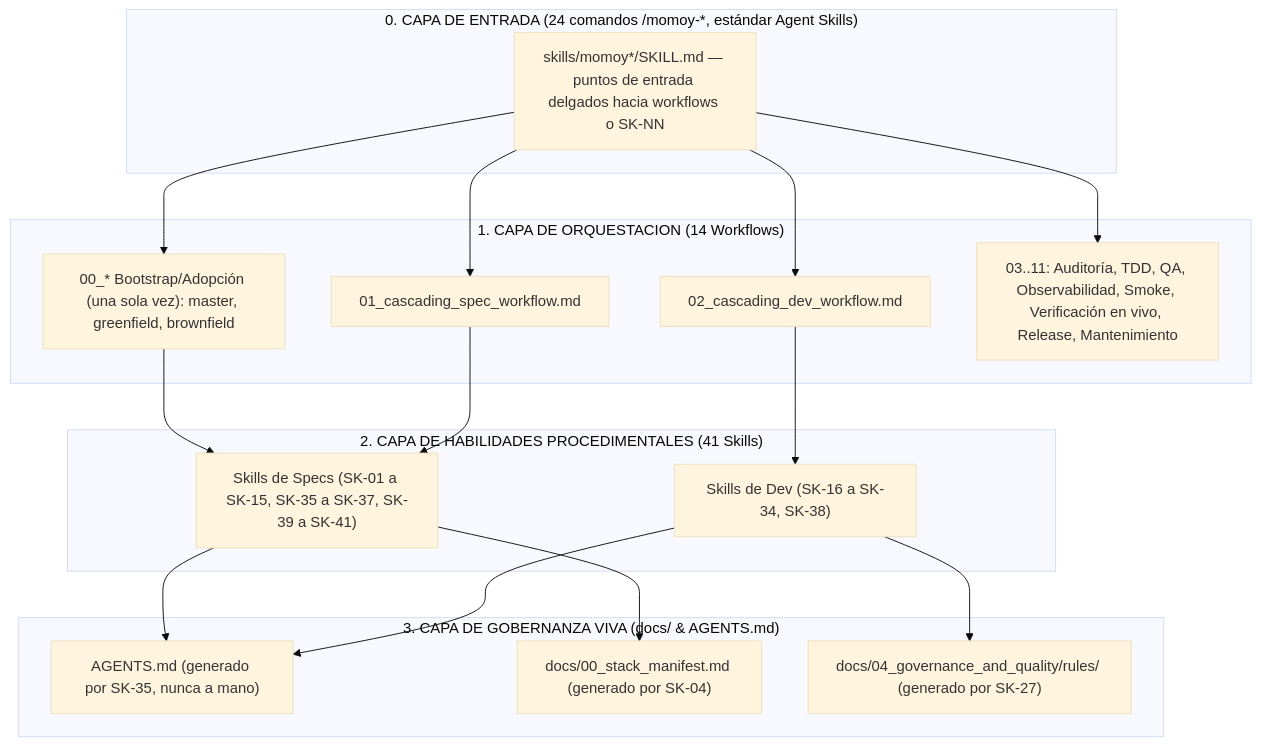
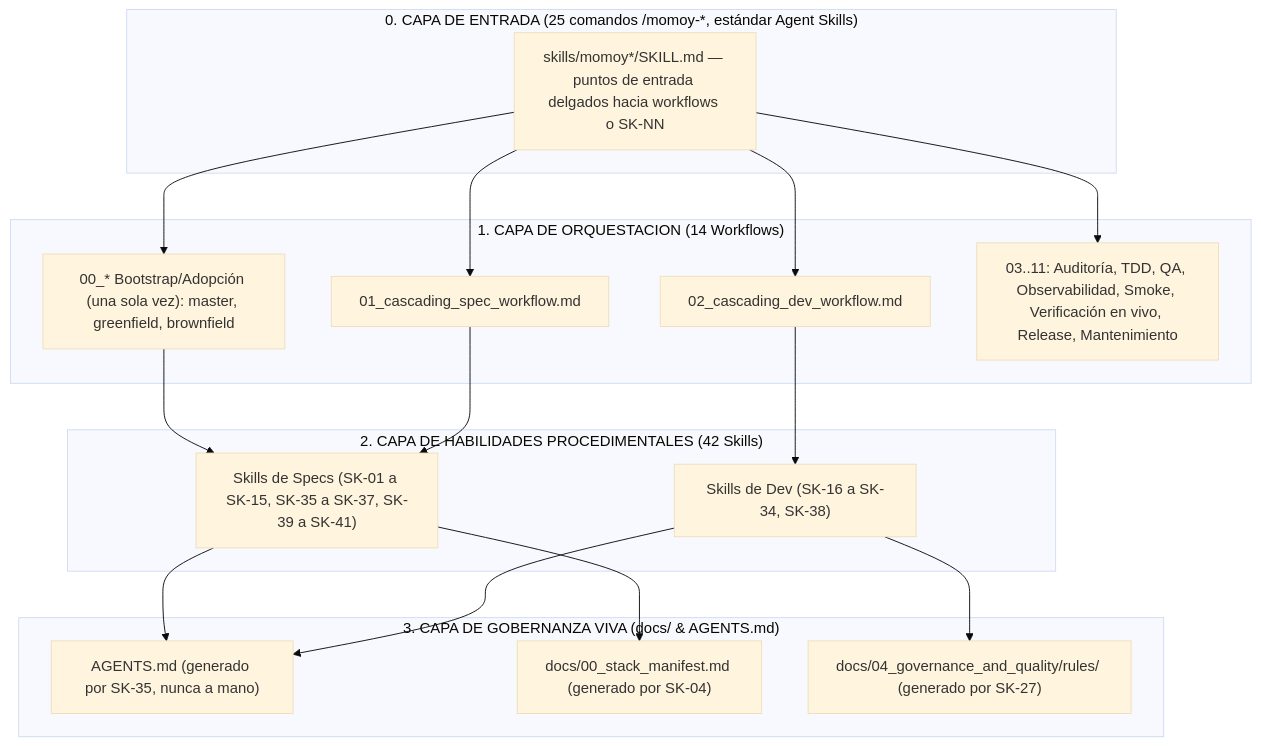
One commit to lacruzjd/AI4Devs-finalproject changed the diagram in .agents/README.md. Above: the diagram before and after it, drawn with Mermaid (base theme). The commit also changed other lines of this file and 5 other files, not shown here.

````diff
--- a/.agents/README.md
+++ b/.agents/README.md
@@ -68,36 +68,36 @@
 ```mermaid
 flowchart TD
-    subgraph CAPA0 ["0. CAPA DE ENTRADA (24 comandos /momoy-*, estándar Agent Skills)"]
+    subgraph CAPA0 ["0. CAPA DE ENTRADA (25 comandos /momoy-*, estándar Agent Skills)"]
         CMD["skills/momoy*/SKILL.md — puntos de entrada delgados hacia workflows o SK-NN"]
     end
 
     subgraph CAPA1 ["1. CAPA DE ORQUESTACION (14 Workflows)"]
         W00["00_* Bootstrap/Adopción (una sola vez): master, greenfield, brownfield"]
         W01["01_cascading_spec_workflow.md"]
         W02["02_cascading_dev_workflow.md"]
         W0X["03..11: Auditoría, TDD, QA, Observabilidad, Smoke, Verificación en vivo, Release, Mantenimiento"]
     end
 
-    subgraph CAPA2 ["2. CAPA DE HABILIDADES PROCEDIMENTALES (41 Skills)"]
+    subgraph CAPA2 ["2. CAPA DE HABILIDADES PROCEDIMENTALES (42 Skills)"]
         S_Spec["Skills de Specs (SK-01 a SK-15, SK-35 a SK-37, SK-39 a SK-41)"]
         S_Dev["Skills de Dev (SK-16 a SK-34, SK-38)"]
     end
 
     subgraph CAPA3 ["3. CAPA DE GOBERNANZA VIVA (docs/ & AGENTS.md)"]
         AGENTS["AGENTS.md (generado por SK-35, nunca a mano)"]
         StackManifest["docs/00_stack_manifest.md (generado por SK-04)"]
         Rules["docs/04_governance_and_quality/rules/ (generado por SK-27)"]
     end
 
     CMD --> W00
     CMD --> W01
     CMD --> W02
     CMD --> W0X
     W00 --> S_Spec
     W01 --> S_Spec
     W02 --> S_Dev
     S_Spec --> AGENTS
     S_Spec --> StackManifest
     S_Dev --> AGENTS
     S_Dev --> Rules
 ```
````
